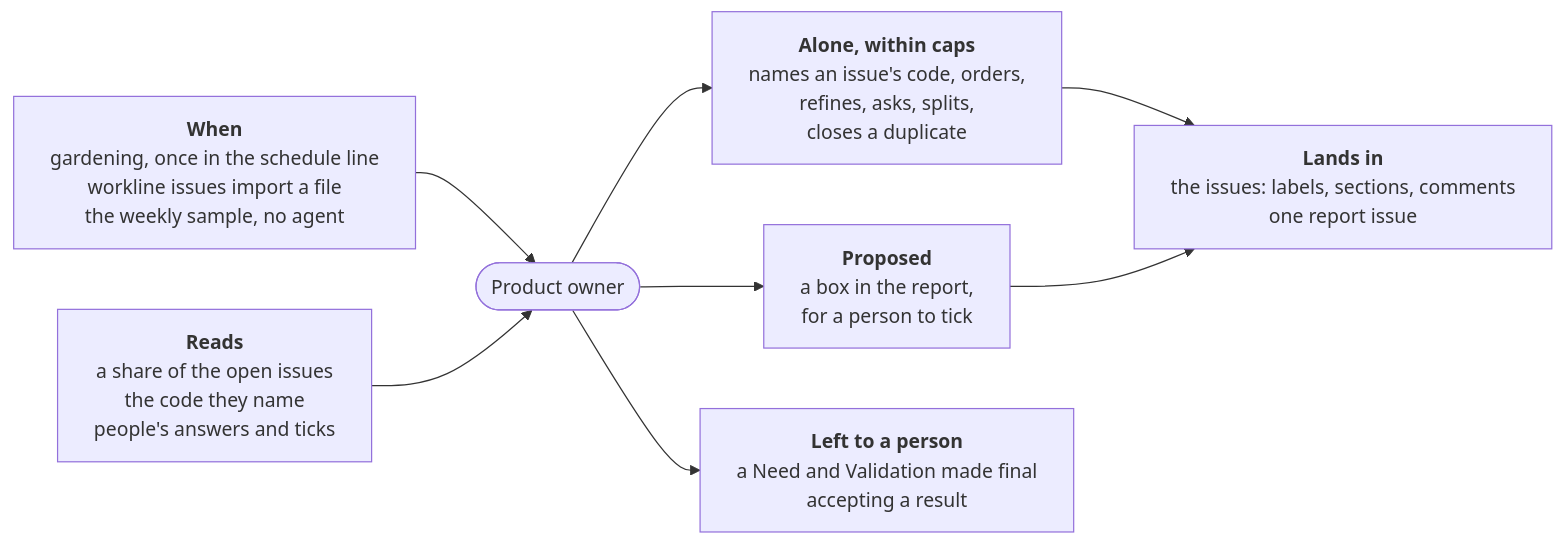
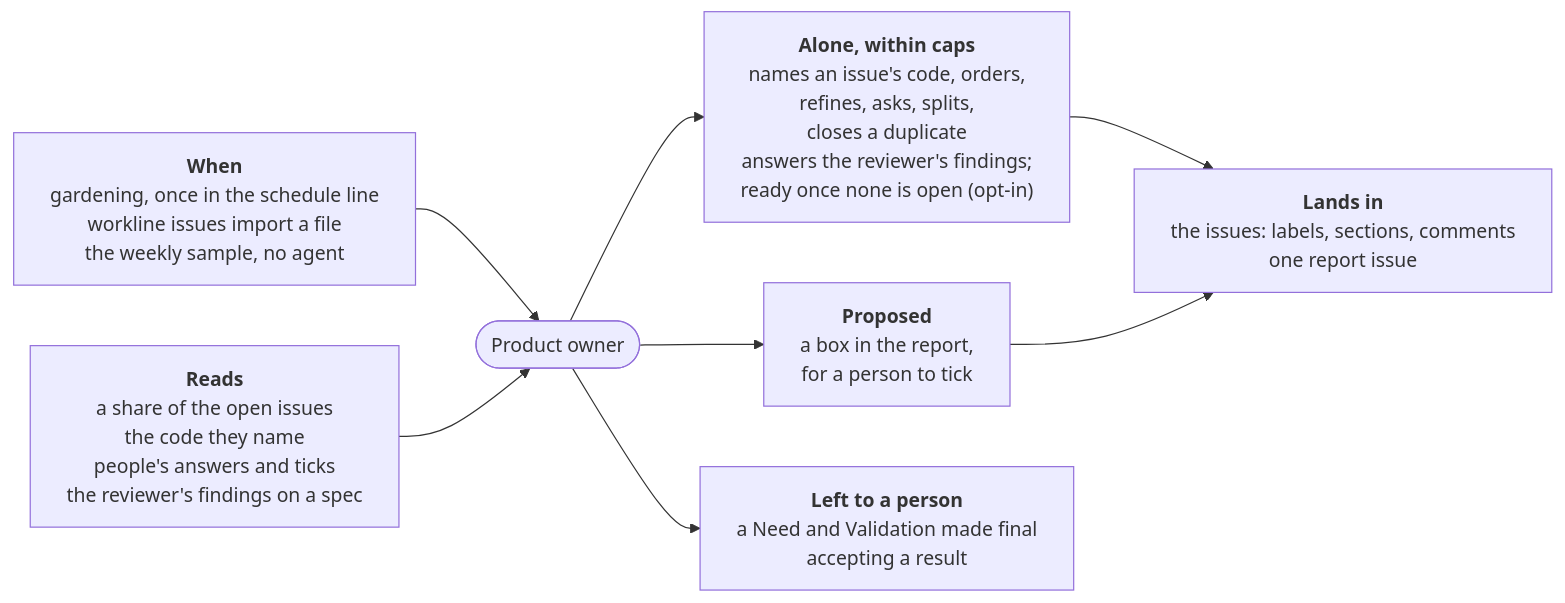
One commit to JN0V/workline changed the diagram in roles/product-owner/README.md. Above: the diagram before and after it, drawn with Mermaid. The commit also changed other lines of this file and 42 other files, not shown here.

Commit message:
feat(reviewer): a spec read on the forge before it goes ready (#248)

````diff
--- a/roles/product-owner/README.md
+++ b/roles/product-owner/README.md
@@ -8,16 +8,16 @@
 ```mermaid
 %%{init: {"flowchart": {"wrappingWidth": 400}}}%%
 flowchart LR
   when["<b>When</b><br/>gardening, once in the schedule line<br/>workline issues import a file<br/>the weekly sample, no agent"]
-  reads["<b>Reads</b><br/>a share of the open issues<br/>the code they name<br/>people's answers and ticks"]
+  reads["<b>Reads</b><br/>a share of the open issues<br/>the code they name<br/>people's answers and ticks<br/>the reviewer's findings on a spec"]
   role(["Product owner"])
-  alone["<b>Alone, within caps</b><br/>names an issue's code, orders,<br/>refines, asks, splits,<br/>closes a duplicate"]
+  alone["<b>Alone, within caps</b><br/>names an issue's code, orders,<br/>refines, asks, splits,<br/>closes a duplicate<br/>answers the reviewer's findings;<br/>ready once none is open (opt-in)"]
   proposed["<b>Proposed</b><br/>a box in the report,<br/>for a person to tick"]
   person["<b>Left to a person</b><br/>a Need and Validation made final<br/>accepting a result"]
   out["<b>Lands in</b><br/>the issues: labels, sections, comments<br/>one report issue"]
   when --> role
   reads --> role
   role --> alone --> out
   role --> proposed --> out
   role --> person
 ```
````
